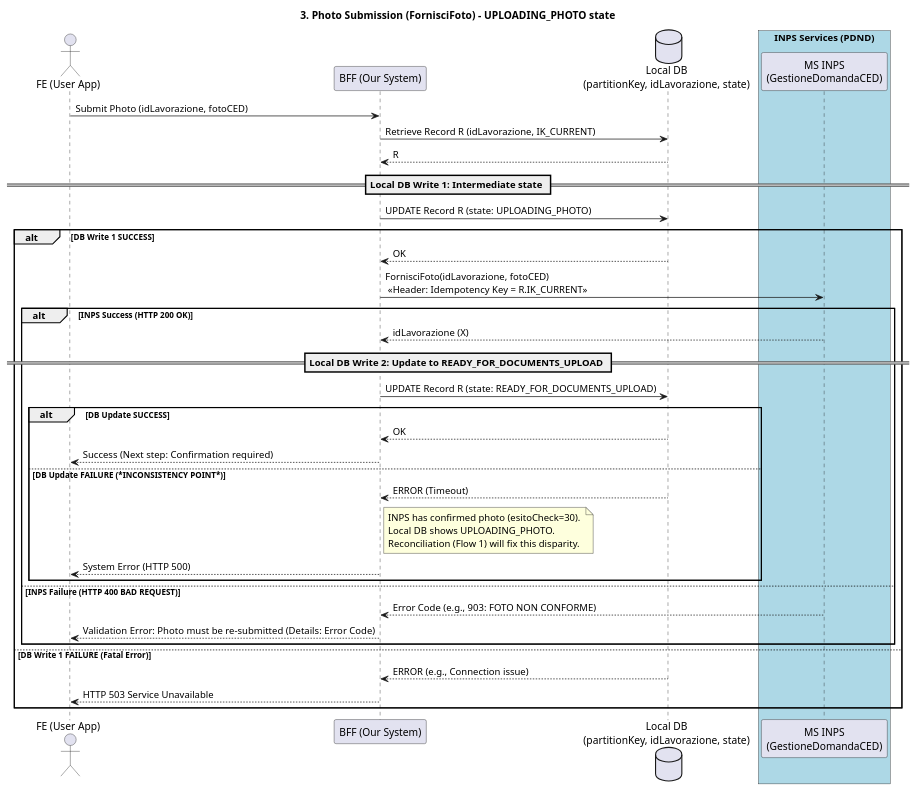
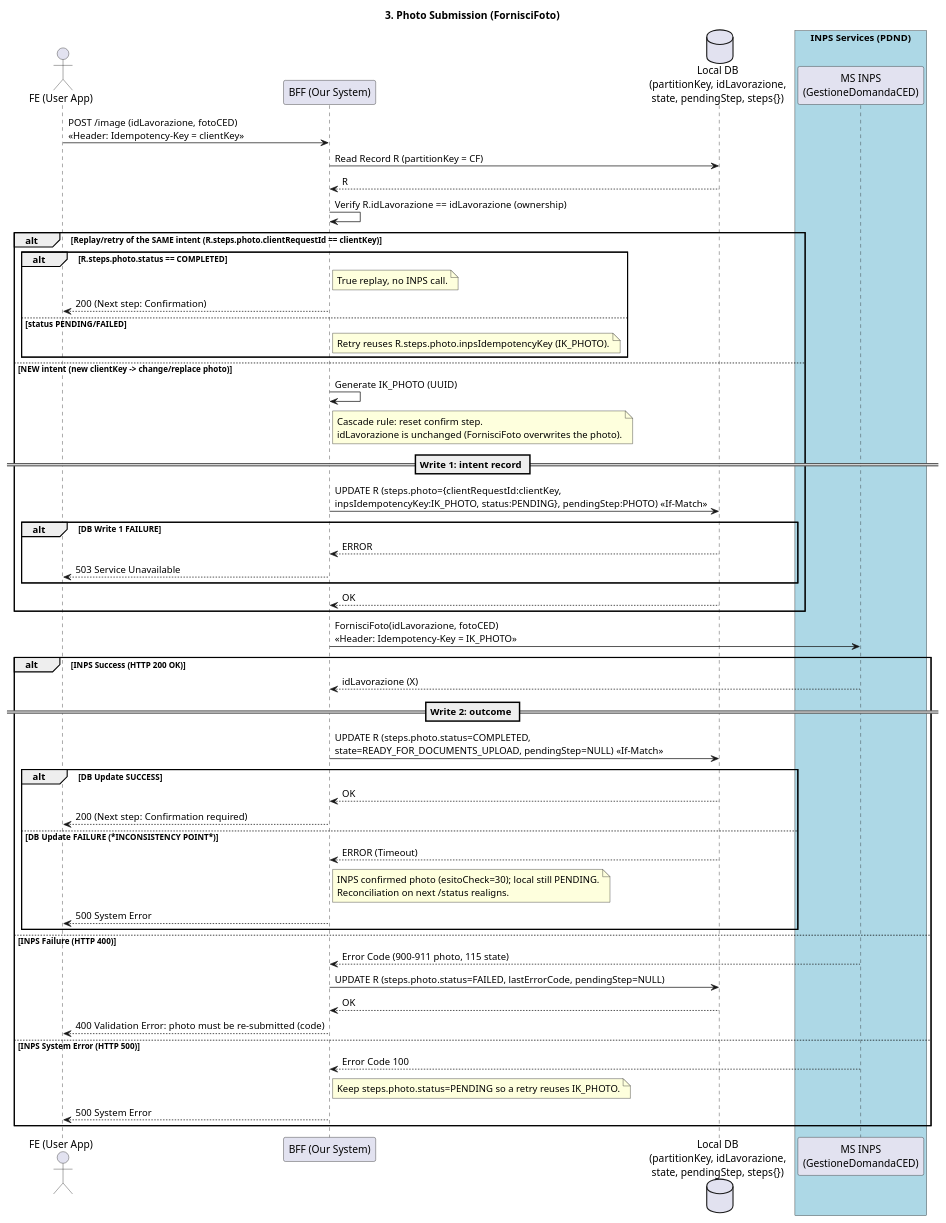
The diagram in docs/ced-card-request/sequence/upload_image_sequence.puml (pagopa/io-growth), drawn with PlantUML before and after one commit. The commit also changed 69 other files, not shown here.

```diff
--- a/docs/ced-card-request/sequence/upload_image_sequence.puml
+++ b/docs/ced-card-request/sequence/upload_image_sequence.puml
@@ -1,50 +1,67 @@
 @startuml Upload Image Sequence Diagram
 
 actor "FE (User App)" as FE
 participant "BFF (Our System)" as BFF
-database "Local DB\n(partitionKey, idLavorazione, state)" as DB
+database "Local DB\n(partitionKey, idLavorazione,\nstate, pendingStep, steps{})" as DB
 box "INPS Services (PDND)" #LightBlue
   participant "MS INPS\n(GestioneDomandaCED)" as INPS
 end box
 
-title 3. Photo Submission (FornisciFoto) - UPLOADING_PHOTO state
+title 3. Photo Submission (FornisciFoto)
 
-FE -> BFF: Submit Photo (idLavorazione, fotoCED)
+FE -> BFF: POST /image (idLavorazione, fotoCED)\n<<Header: Idempotency-Key = clientKey>>
 
-BFF -> DB: Retrieve Record R (idLavorazione, IK_CURRENT)
+BFF -> DB: Read Record R (partitionKey = CF)
 DB --> BFF: R
+BFF -> BFF: Verify R.idLavorazione == idLavorazione (ownership)
 
-== Local DB Write 1: Intermediate state ==
-BFF -> DB: UPDATE Record R (state: UPLOADING_PHOTO)
-
-alt DB Write 1 SUCCESS
-    DB --> BFF: OK
-
-    BFF -> INPS: FornisciFoto(idLavorazione, fotoCED) \n <<Header: Idempotency Key = R.IK_CURRENT>>
-
-    alt INPS Success (HTTP 200 OK)
-        INPS --> BFF: idLavorazione (X)
-
-        == Local DB Write 2: Update to READY_FOR_DOCUMENTS_UPLOAD ==
-        BFF -> DB: UPDATE Record R (state: READY_FOR_DOCUMENTS_UPLOAD)
-
-        alt DB Update SUCCESS
-            DB --> BFF: OK
-            BFF --> FE: Success (Next step: Confirmation required)
-
-        else DB Update FAILURE (***INCONSISTENCY POINT***)
-            DB --> BFF: ERROR (Timeout)
-            note right of BFF: INPS has confirmed photo (esitoCheck=30). \nLocal DB shows UPLOADING_PHOTO. \nReconciliation (Flow 1) will fix this disparity.
-            BFF --> FE: System Error (HTTP 500)
-        end
-
-    else INPS Failure (HTTP 400 BAD REQUEST)
-        INPS --> BFF: Error Code (e.g., 903: FOTO NON CONFORME)
-        BFF --> FE: Validation Error: Photo must be re-submitted (Details: Error Code)
+alt Replay/retry of the SAME intent (R.steps.photo.clientRequestId == clientKey)
+    alt R.steps.photo.status == COMPLETED
+        note right of BFF: True replay, no INPS call.
+        BFF --> FE: 200 (Next step: Confirmation)
+    else status PENDING/FAILED
+        note right of BFF: Retry reuses R.steps.photo.inpsIdempotencyKey (IK_PHOTO).
     end
 
-else DB Write 1 FAILURE (Fatal Error)
-    DB --> BFF: ERROR (e.g., Connection issue)
-    BFF --> FE: HTTP 503 Service Unavailable
+else NEW intent (new clientKey -> change/replace photo)
+    BFF -> BFF: Generate IK_PHOTO (UUID)
+    note right of BFF: Cascade rule: reset confirm step.\nidLavorazione is unchanged (FornisciFoto overwrites the photo).
+
+    == Write 1: intent record ==
+    BFF -> DB: UPDATE R (steps.photo={clientRequestId:clientKey,\ninpsIdempotencyKey:IK_PHOTO, status:PENDING}, pendingStep:PHOTO) <<If-Match>>
+    alt DB Write 1 FAILURE
+        DB --> BFF: ERROR
+        BFF --> FE: 503 Service Unavailable
+    end
+    DB --> BFF: OK
+end
+
+BFF -> INPS: FornisciFoto(idLavorazione, fotoCED)\n<<Header: Idempotency-Key = IK_PHOTO>>
+
+alt INPS Success (HTTP 200 OK)
+    INPS --> BFF: idLavorazione (X)
+
+    == Write 2: outcome ==
+    BFF -> DB: UPDATE R (steps.photo.status=COMPLETED,\nstate=READY_FOR_DOCUMENTS_UPLOAD, pendingStep=NULL) <<If-Match>>
+
+    alt DB Update SUCCESS
+        DB --> BFF: OK
+        BFF --> FE: 200 (Next step: Confirmation required)
+    else DB Update FAILURE (***INCONSISTENCY POINT***)
+        DB --> BFF: ERROR (Timeout)
+        note right of BFF: INPS confirmed photo (esitoCheck=30); local still PENDING.\nReconciliation on next /status realigns.
+        BFF --> FE: 500 System Error
+    end
+
+else INPS Failure (HTTP 400)
+    INPS --> BFF: Error Code (900-911 photo, 115 state)
+    BFF -> DB: UPDATE R (steps.photo.status=FAILED, lastErrorCode, pendingStep=NULL)
+    DB --> BFF: OK
+    BFF --> FE: 400 Validation Error: photo must be re-submitted (code)
+
+else INPS System Error (HTTP 500)
+    INPS --> BFF: Error Code 100
+    note right of BFF: Keep steps.photo.status=PENDING so a retry reuses IK_PHOTO.
+    BFF --> FE: 500 System Error
 end
 @enduml
```
